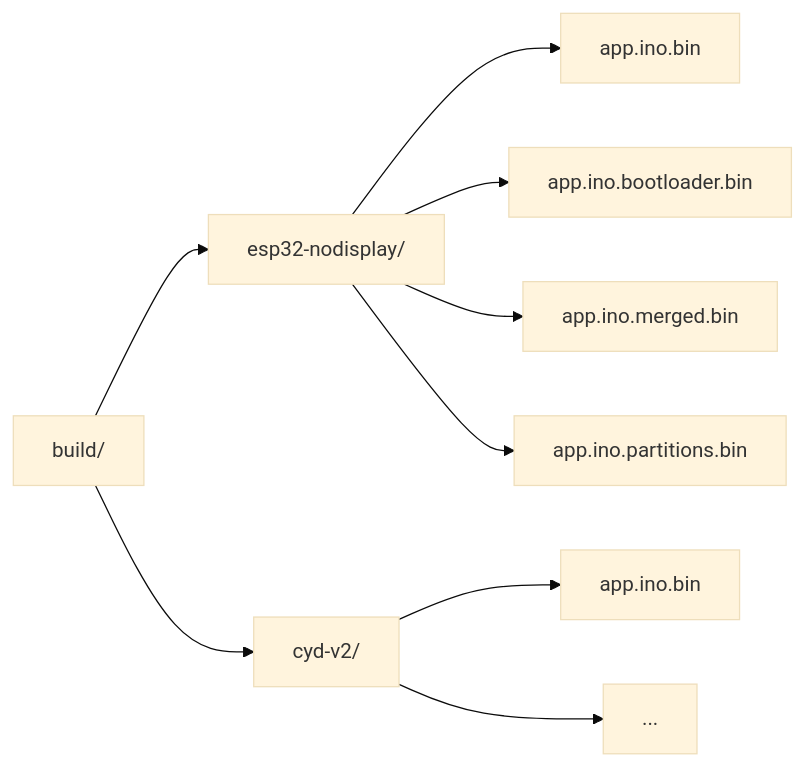
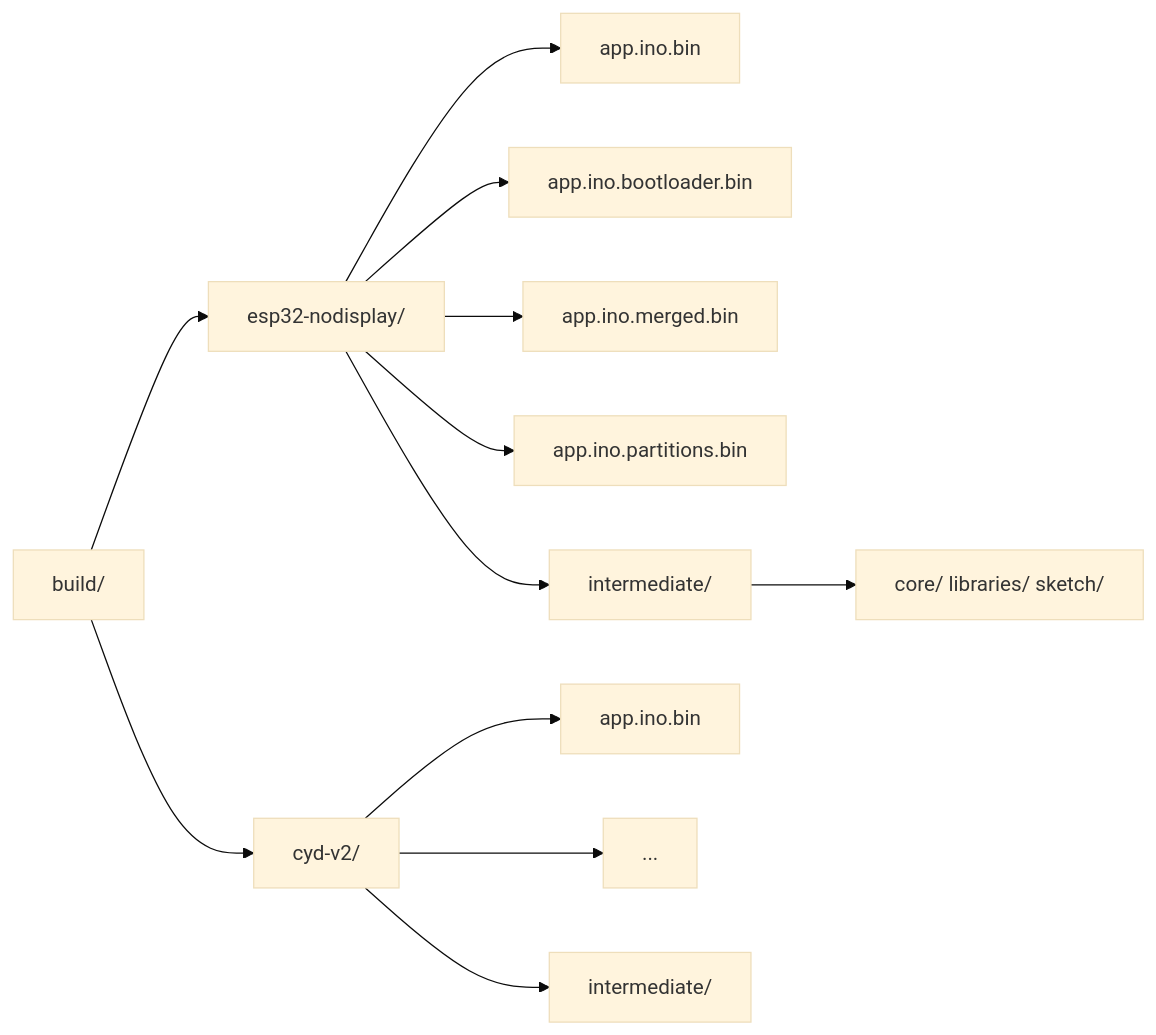
Before and after one commit to jantielens/esp32-macropad: the diagram in docs/dev/scripts.md, drawn with Mermaid (base theme). The commit also changed other lines of this file and 3 other files, not shown here.

First line of the commit message:
feat(build): per-board intermediate build path to avoid cache thrash

````diff
--- a/docs/dev/scripts.md
+++ b/docs/dev/scripts.md
@@ -106,11 +107,14 @@
 ```mermaid
 graph LR
     Build[build/] --> Board1[esp32-nodisplay/]
     Build --> Board2[cyd-v2/]
     Board1 --> F1[app.ino.bin]
     Board1 --> F2[app.ino.bootloader.bin]
     Board1 --> F3[app.ino.merged.bin]
     Board1 --> F4[app.ino.partitions.bin]
+    Board1 --> I1[intermediate/]
+    I1 --> IC[core/ libraries/ sketch/]
     Board2 --> F5[app.ino.bin]
     Board2 --> F6[...]
+    Board2 --> I2[intermediate/]
 ```
````
